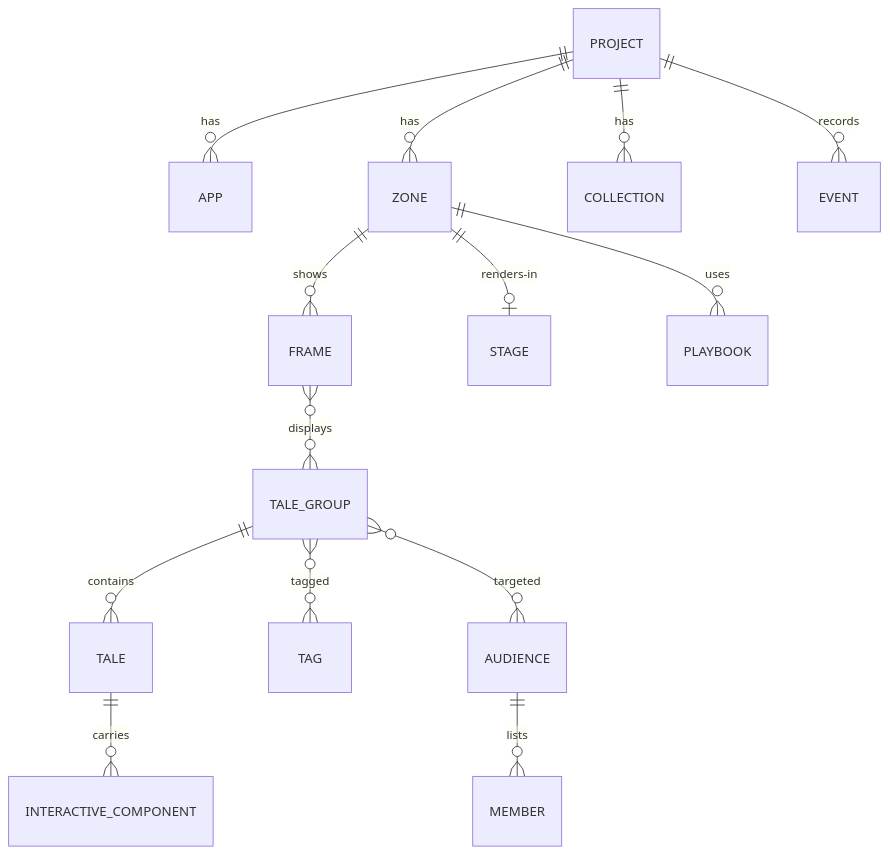
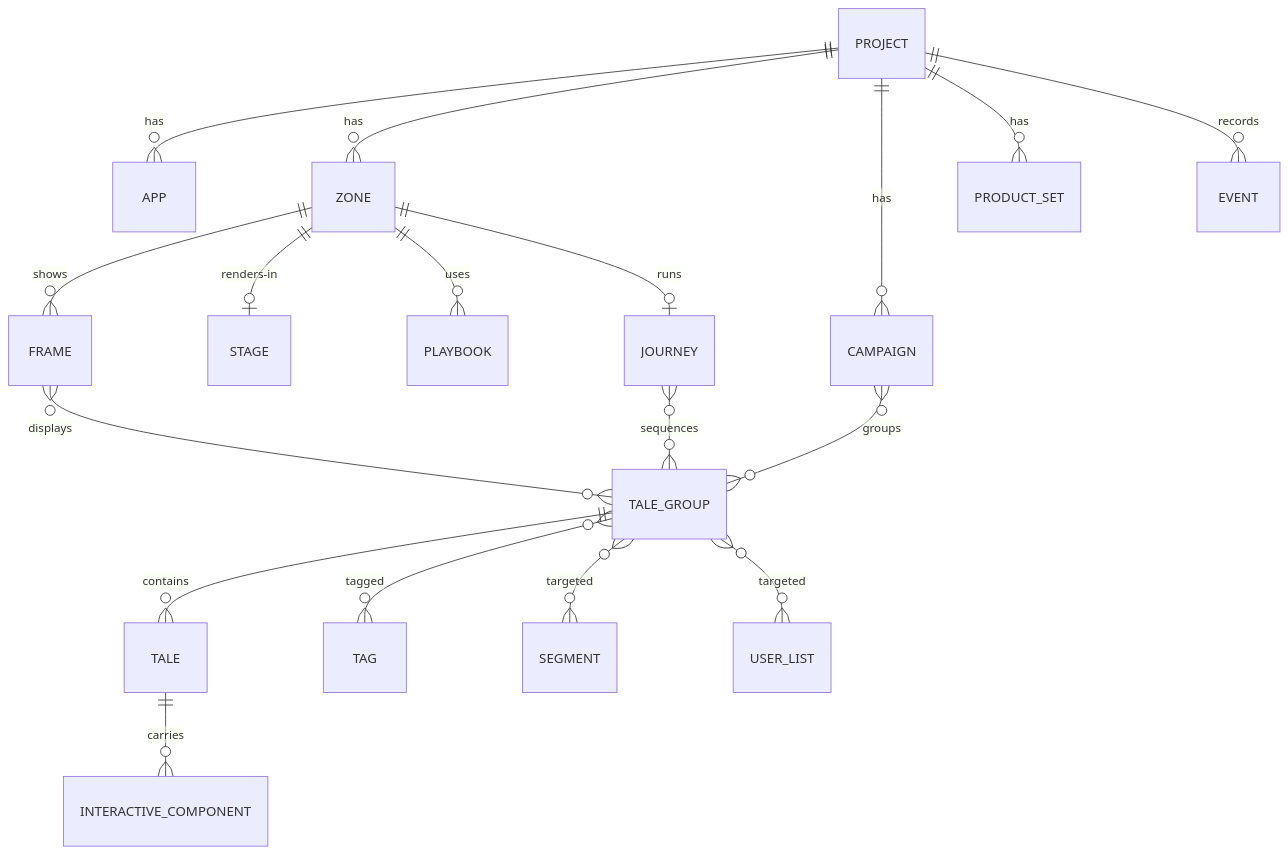
Before and after one commit to ido-lempert/Taleart: the third of 3 diagrams in _bmad-output/initiative-taleart/architecture-taleart/architecture-taleart.md, drawn with Mermaid. The commit also changed other lines of this file and 11 other files, not shown here.

Commit message:
Apply approved names: segment, user list, user attributes, external user ID, journey, campaign, product set

````diff
--- a/_bmad-output/initiative-taleart/architecture-taleart/architecture-taleart.md
+++ b/_bmad-output/initiative-taleart/architecture-taleart/architecture-taleart.md
@@ -173,16 +173,20 @@
 ```mermaid
 erDiagram
   PROJECT ||--o{ APP : has
   PROJECT ||--o{ ZONE : has
   ZONE ||--o{ FRAME : shows
   ZONE ||--o| STAGE : renders-in
   ZONE ||--o{ PLAYBOOK : uses
   FRAME }o--o{ TALE_GROUP : displays
   TALE_GROUP ||--o{ TALE : contains
   TALE ||--o{ INTERACTIVE_COMPONENT : carries
   TALE_GROUP }o--o{ TAG : tagged
-  TALE_GROUP }o--o{ AUDIENCE : targeted
-  AUDIENCE ||--o{ MEMBER : lists
-  PROJECT ||--o{ COLLECTION : has
+  TALE_GROUP }o--o{ SEGMENT : targeted
+  TALE_GROUP }o--o{ USER_LIST : targeted
+  PROJECT ||--o{ CAMPAIGN : has
+  CAMPAIGN }o--o{ TALE_GROUP : groups
+  ZONE ||--o| JOURNEY : runs
+  JOURNEY }o--o{ TALE_GROUP : sequences
+  PROJECT ||--o{ PRODUCT_SET : has
   PROJECT ||--o{ EVENT : records
 ```
````
